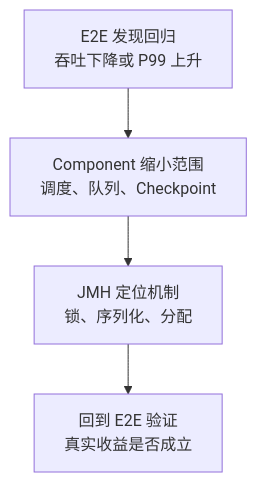
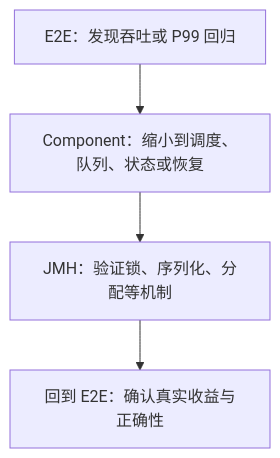
Before and after one commit to nzw921rx/nzw921rx-blog: the third of 3 diagrams in content/posts/rigorous-java-stream-benchmarking.md, drawn with Mermaid. The commit also changed other lines of this file, not shown here.

````diff
--- a/content/posts/rigorous-java-stream-benchmarking.md
+++ b/content/posts/rigorous-java-stream-benchmarking.md
@@ -436,6 +956,6 @@
 ```mermaid
 flowchart TB
-    E["E2E 发现回归<br/>吞吐下降或 P99 上升"] --> C["Component 缩小范围<br/>调度、队列、Checkpoint"]
-    C --> M["JMH 定位机制<br/>锁、序列化、分配"]
-    M --> V["回到 E2E 验证<br/>真实收益是否成立"]
+    E["E2E：发现吞吐或 P99 回归"] --> C["Component：缩小到调度、队列、状态或恢复"]
+    C --> M["JMH：验证锁、序列化、分配等机制"]
+    M --> V["回到 E2E：确认真实收益与正确性"]
 ```
````
